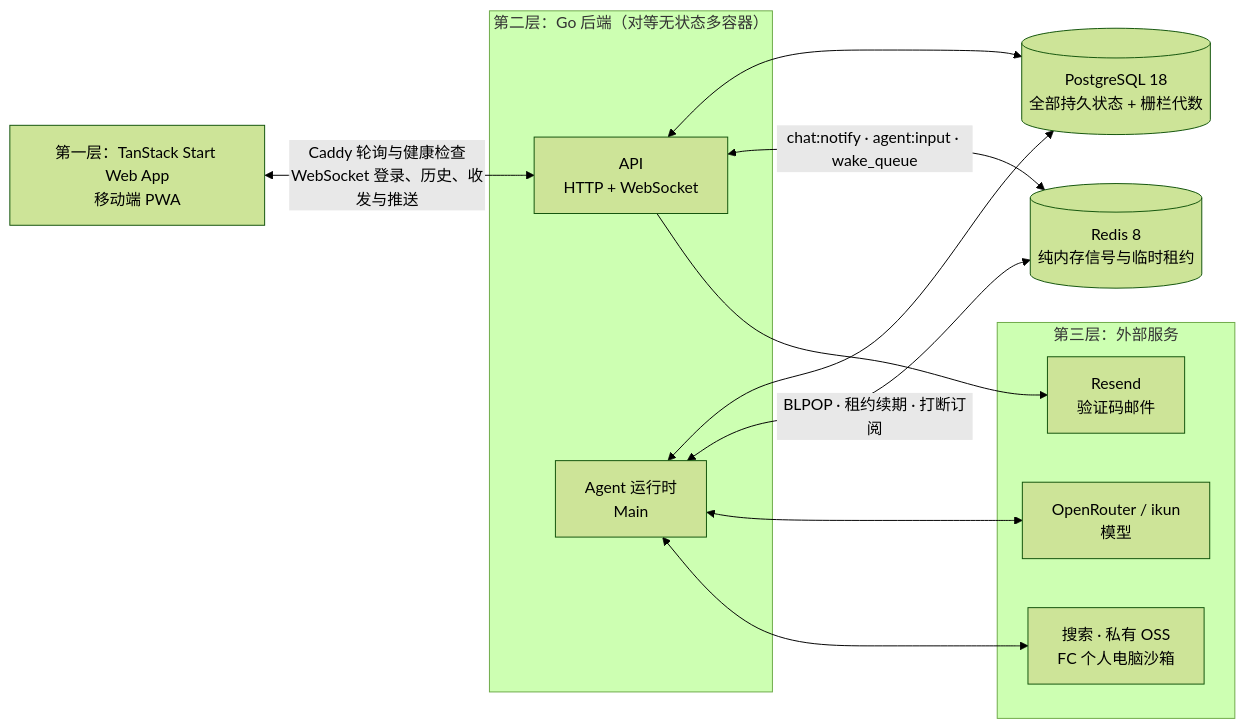
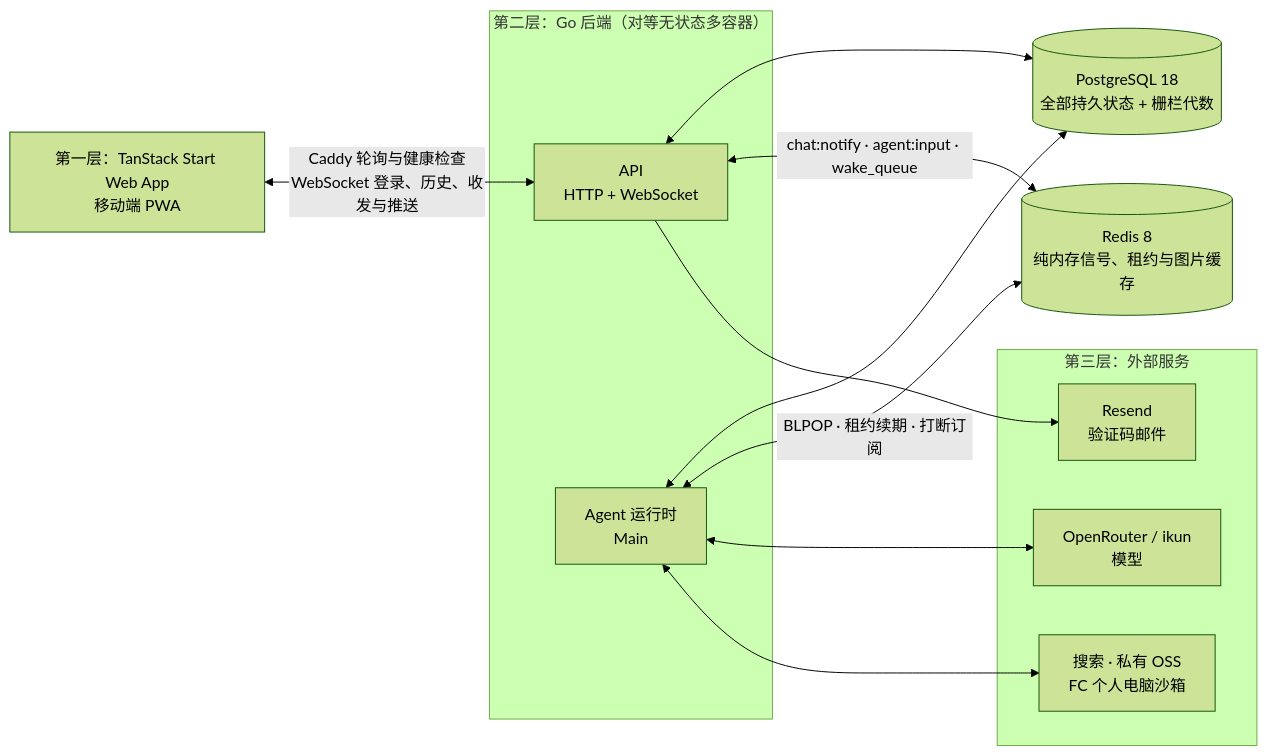
One commit to OmniNetOpensource/aether-personal changed the diagram in docs/wiki/01-overview.md. Above: the diagram before and after it, drawn with Mermaid (forest theme). The commit also changed other lines of this file and 4 other files, not shown here.

````diff
--- a/docs/wiki/01-overview.md
+++ b/docs/wiki/01-overview.md
@@ -24,24 +24,24 @@
 ```mermaid
 flowchart LR
     APP["第一层：TanStack Start Web App<br/>移动端 PWA"]
     subgraph BACKEND["第二层：Go 后端（对等无状态多容器）"]
         API["API<br/>HTTP + WebSocket"]
         RUNTIME["Agent 运行时<br/>Main"]
     end
     DB[("PostgreSQL 18<br/>全部持久状态 + 栅栏代数")]
-    REDIS[("Redis 8<br/>纯内存信号与临时租约")]
+    REDIS[("Redis 8<br/>纯内存信号、租约与图片缓存")]
     subgraph EXTERNAL["第三层：外部服务"]
         OPENROUTER["OpenRouter / ikun<br/>模型"]
         RESEND["Resend<br/>验证码邮件"]
         TOOLS["搜索 · 私有 OSS<br/>FC 个人电脑沙箱"]
     end
 
     APP <-->|"Caddy 轮询与健康检查<br/>WebSocket 登录、历史、收发与推送"| API
     API <--> DB
     RUNTIME <--> DB
     API <-->|"chat:notify · agent:input · wake_queue"| REDIS
     RUNTIME <-->|"BLPOP · 租约续期 · 打断订阅"| REDIS
     RUNTIME <--> OPENROUTER
     API --> RESEND
     RUNTIME <--> TOOLS
 ```
````
